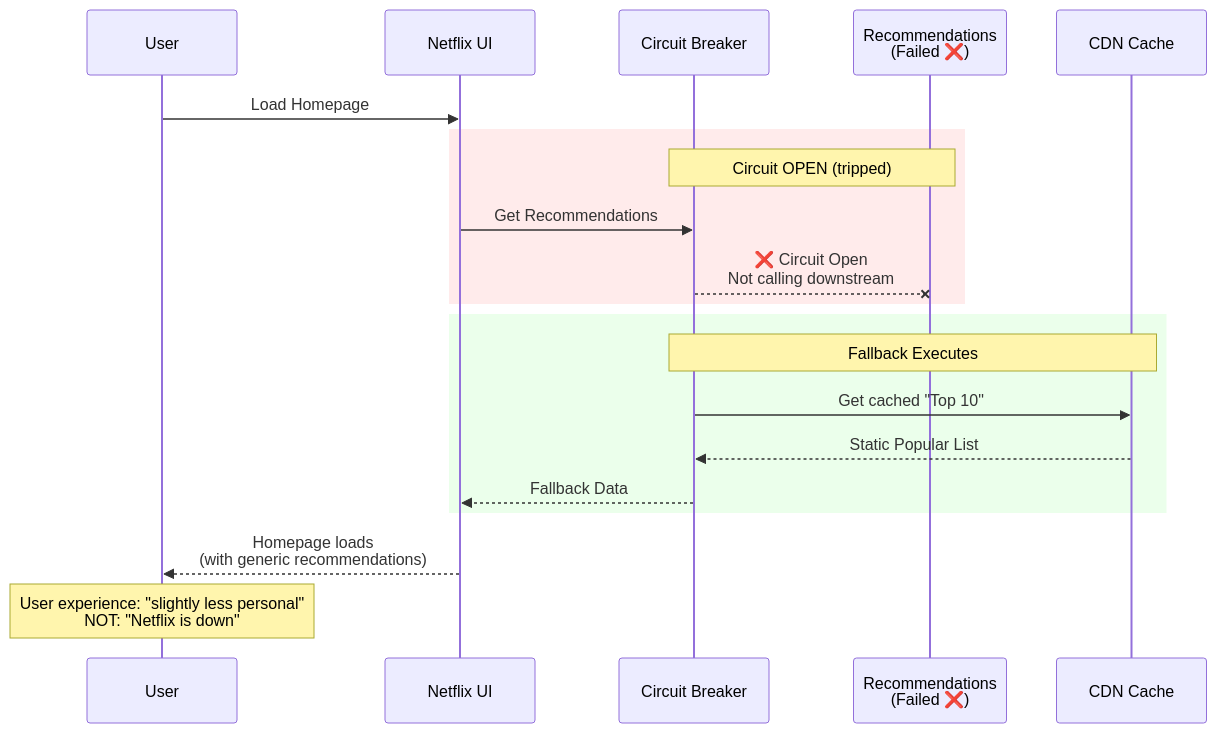
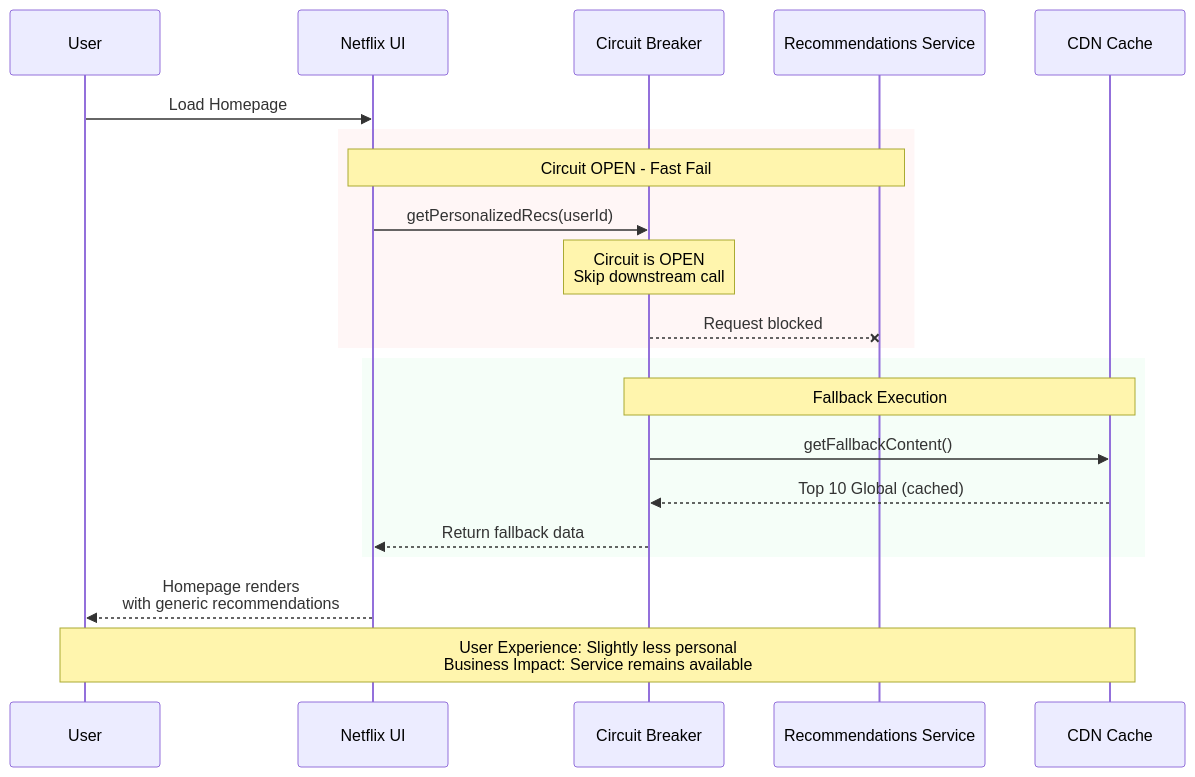
The second of 2 diagrams in gemini-responses/circuit-breaker-20260120-1301.md (udaytamma/Cyrus), drawn with Mermaid before and after one commit. The commit also changed other lines of this file and 28 other files, not shown here.

First line of the commit message:
Upgrade Knowledge Base Mermaid diagrams to professional styling

````diff
--- a/gemini-responses/circuit-breaker-20260120-1301.md
+++ b/gemini-responses/circuit-breaker-20260120-1301.md
@@ -79,27 +93,28 @@
 ```mermaid
 sequenceDiagram
-    participant User
+    participant U as User
     participant UI as Netflix UI
     participant CB as Circuit Breaker
-    participant Recs as Recommendations<br/>(Failed ❌)
-    participant Cache as CDN Cache
+    participant R as Recommendations Service
+    participant C as CDN Cache
 
-    User->>UI: Load Homepage
+    U->>UI: Load Homepage
 
-    rect rgb(255, 235, 235)
-        Note over CB,Recs: Circuit OPEN (tripped)
-        UI->>CB: Get Recommendations
-        CB--xRecs: ❌ Circuit Open<br/>Not calling downstream
+    rect rgba(254,226,226,0.3)
+        Note over UI,R: Circuit OPEN - Fast Fail
+        UI->>CB: getPersonalizedRecs(userId)
+        Note over CB: Circuit is OPEN<br/>Skip downstream call
+        CB--xR: Request blocked
     end
 
-    rect rgb(235, 255, 235)
-        Note over CB,Cache: Fallback Executes
-        CB->>Cache: Get cached "Top 10"
-        Cache-->>CB: Static Popular List
-        CB-->>UI: Fallback Data
+    rect rgba(220,252,231,0.3)
+        Note over CB,C: Fallback Execution
+        CB->>C: getFallbackContent()
+        C-->>CB: Top 10 Global (cached)
+        CB-->>UI: Return fallback data
     end
 
-    UI-->>User: Homepage loads<br/>(with generic recommendations)
+    UI-->>U: Homepage renders<br/>with generic recommendations
 
-    Note over User: User experience: "slightly less personal"<br/>NOT: "Netflix is down"
+    Note over U,C: User Experience: Slightly less personal<br/>Business Impact: Service remains available
 ```
````
